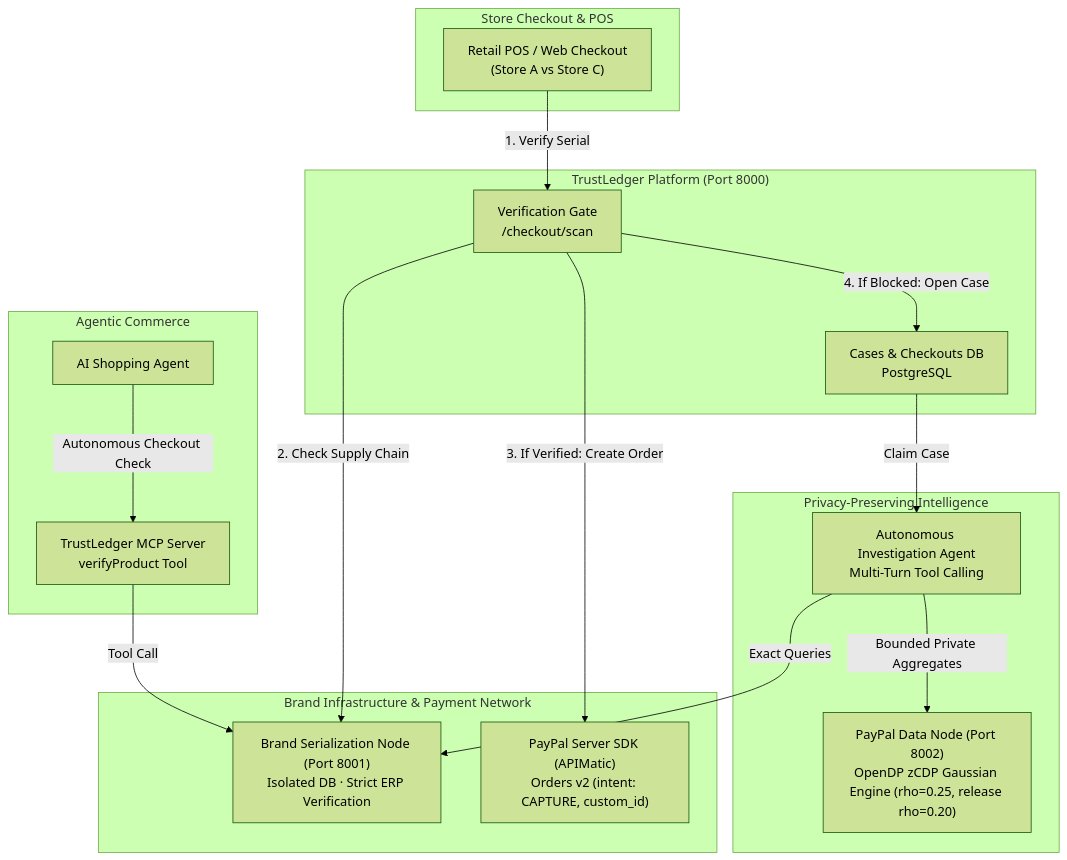
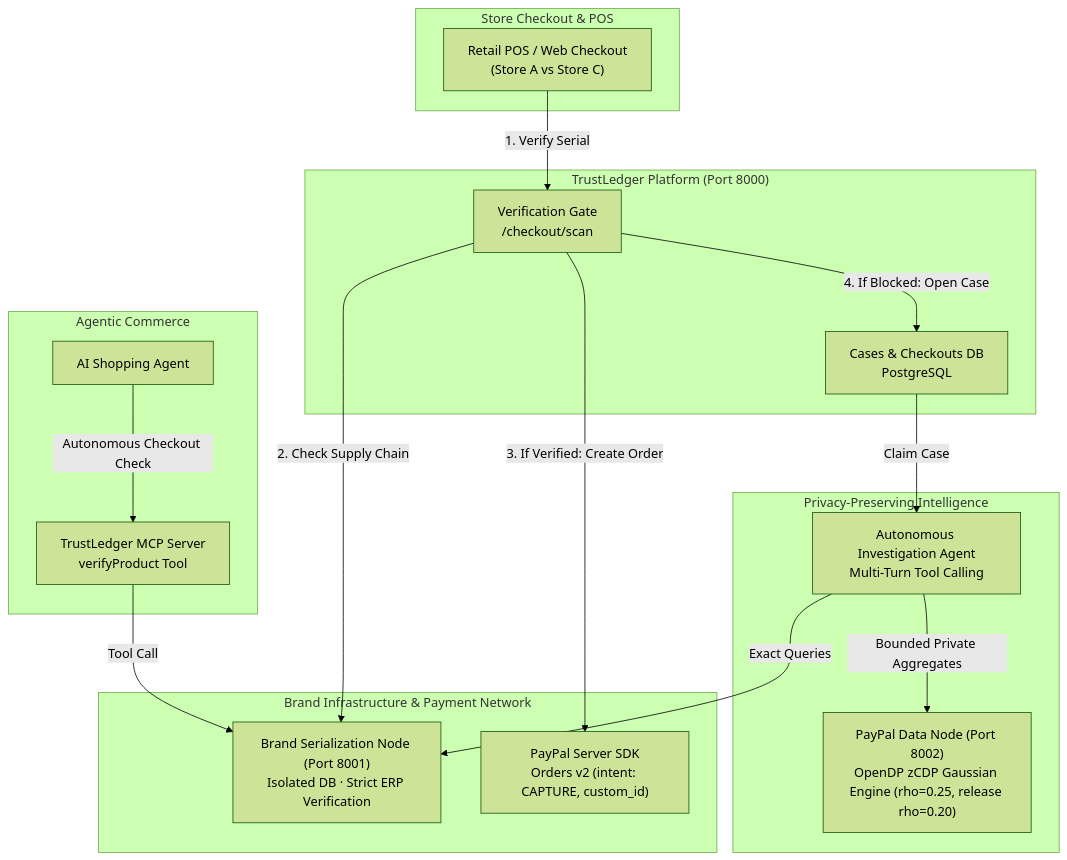
One commit to ParthSinha9498/trustledger changed the diagram in README.md. Above: the diagram before and after it, drawn with Mermaid (forest theme). The commit also changed other lines of this file and 21 other files, not shown here.

````diff
--- a/README.md
+++ b/README.md
@@ -67,38 +66,38 @@
 ```mermaid
 flowchart TD
     subgraph POS["Store Checkout & POS"]
         Store["Retail POS / Web Checkout<br/>(Store A vs Store C)"]
     end
 
     subgraph Platform["TrustLedger Platform (Port 8000)"]
         Gate["Verification Gate<br/>/checkout/scan"]
         CaseDB["Cases & Checkouts DB<br/>PostgreSQL"]
     end
 
     subgraph External["Brand Infrastructure & Payment Network"]
         BrandNode["Brand Serialization Node (Port 8001)<br/>Isolated DB · Strict ERP Verification"]
-        PayPalSDK["PayPal Server SDK (APIMatic)<br/>Orders v2 (intent: CAPTURE, custom_id)"]
+        PayPalSDK["PayPal Server SDK<br/>Orders v2 (intent: CAPTURE, custom_id)"]
     end
 
     subgraph Intelligence["Privacy-Preserving Intelligence"]
         Worker["Autonomous Investigation Agent<br/>Multi-Turn Tool Calling"]
         DPNode["PayPal Data Node (Port 8002)<br/>OpenDP zCDP Gaussian Engine (rho=0.25, release rho=0.20)"]
     end
 
     subgraph Agentic["Agentic Commerce"]
         Agent["AI Shopping Agent"]
         MCPServer["TrustLedger MCP Server<br/>verifyProduct Tool"]
     end
 
     Store -->|1. Verify Serial| Gate
     Gate -->|2. Check Supply Chain| BrandNode
     Gate -->|3. If Verified: Create Order| PayPalSDK
     Gate -->|4. If Blocked: Open Case| CaseDB
 
     CaseDB -->|Claim Case| Worker
     Worker -->|Exact Queries| BrandNode
     Worker -->|Bounded Private Aggregates| DPNode
 
     Agent -->|Autonomous Checkout Check| MCPServer
     MCPServer -->|Tool Call| BrandNode
 ```
````
